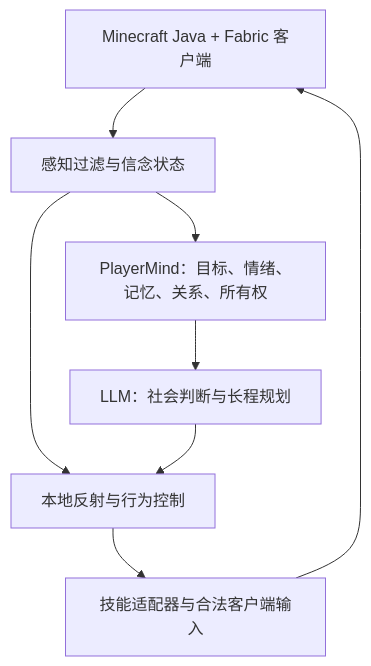
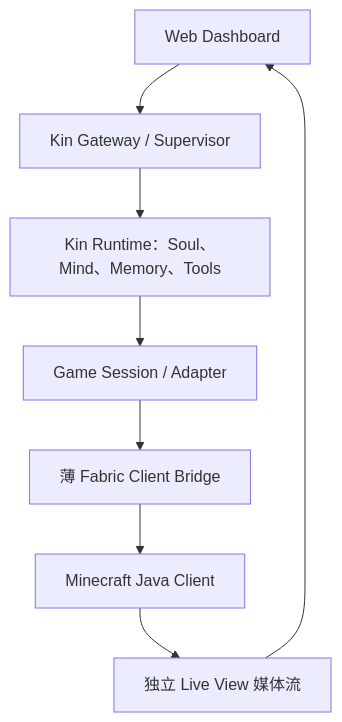
One commit to printlndarling/minekin changed the diagram in README.md. Above: the diagram before and after it, drawn with Mermaid. The commit also changed other lines of this file and 8 other files, not shown here.

Commit message:
docs: define standalone runtime and dashboard architecture

````diff
--- a/README.md
+++ b/README.md
@@ -27,10 +29,10 @@
 ```mermaid
 flowchart TD
-    A["Minecraft Java + Fabric 客户端"] --> B["感知过滤与信念状态"]
-    B --> C["PlayerMind：目标、情绪、记忆、关系、所有权"]
-    B --> D["本地反射与行为控制"]
-    C --> E["LLM：社会判断与长程规划"]
-    E --> D
-    D --> F["技能适配器与合法客户端输入"]
-    F --> A
+    UI["Web Dashboard"] --> GW["Kin Gateway / Supervisor"]
+    GW --> M["Kin Runtime：Soul、Mind、Memory、Tools"]
+    M --> S["Game Session / Adapter"]
+    S --> B["薄 Fabric Client Bridge"]
+    B --> MC["Minecraft Java Client"]
+    MC --> V["独立 Live View 媒体流"]
+    V --> UI
 ```
````
